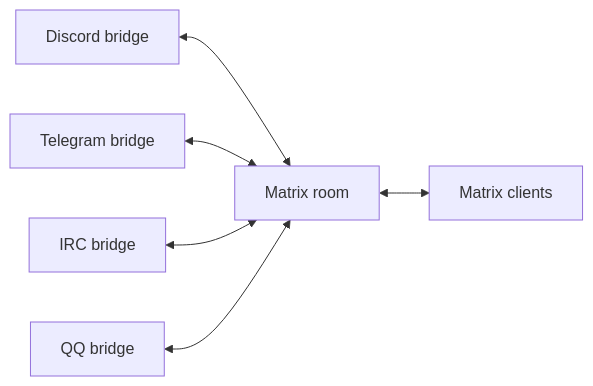
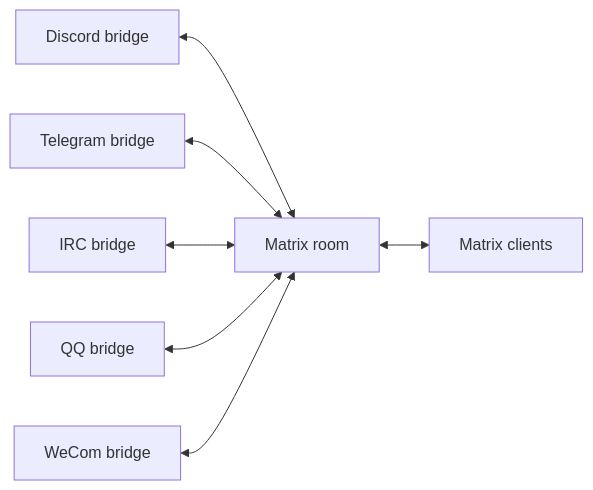
One commit to mkpoli/matrix-relay-hub changed the diagram in docs/architecture.md. Above: the diagram before and after it, drawn with Mermaid. The commit also changed other lines of this file and 34 other files, not shown here.

Commit message:
feat(wecom): add WeCom AI Bot WebSocket and Group Robot Webhook bridge

````diff
--- a/docs/architecture.md
+++ b/docs/architecture.md
@@ -9,8 +9,9 @@
 ```mermaid
 flowchart LR
   D[Discord bridge] <--> M[Matrix room]
   T[Telegram bridge] <--> M
   I[IRC bridge] <--> M
   Q[QQ bridge] <--> M
+  W[WeCom bridge] <--> M
   M <--> U[Matrix clients]
 ```
````
